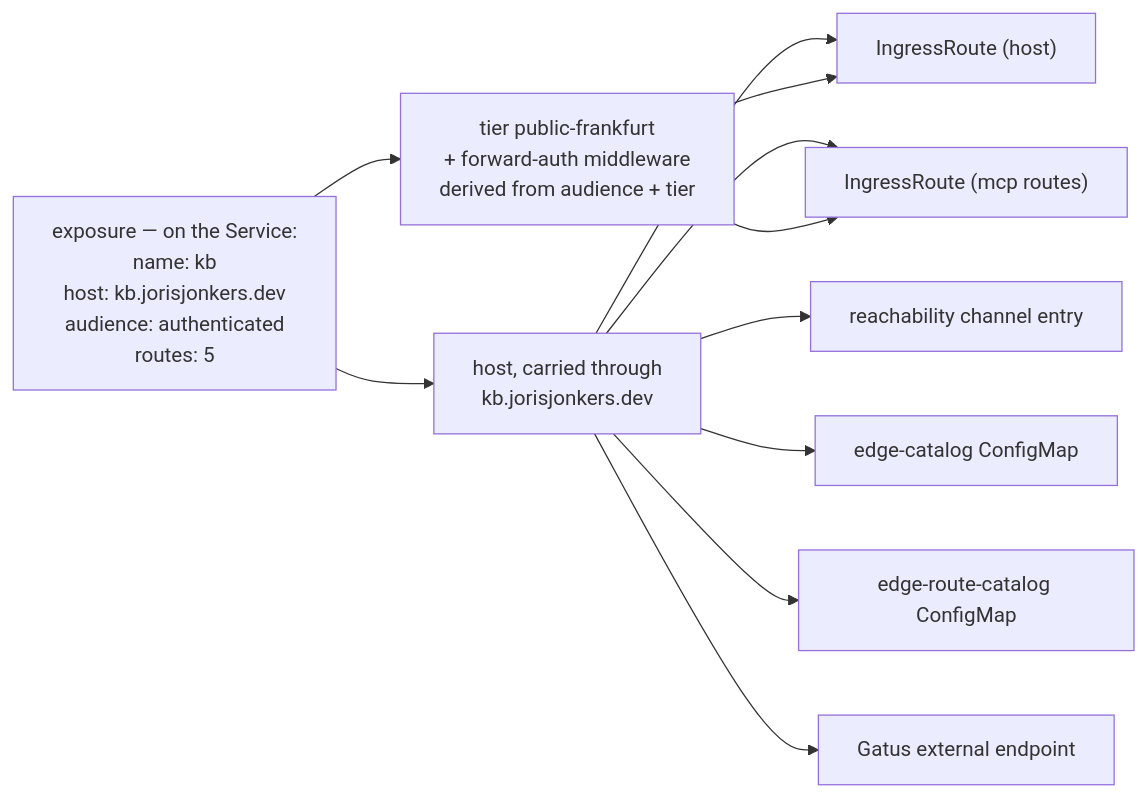
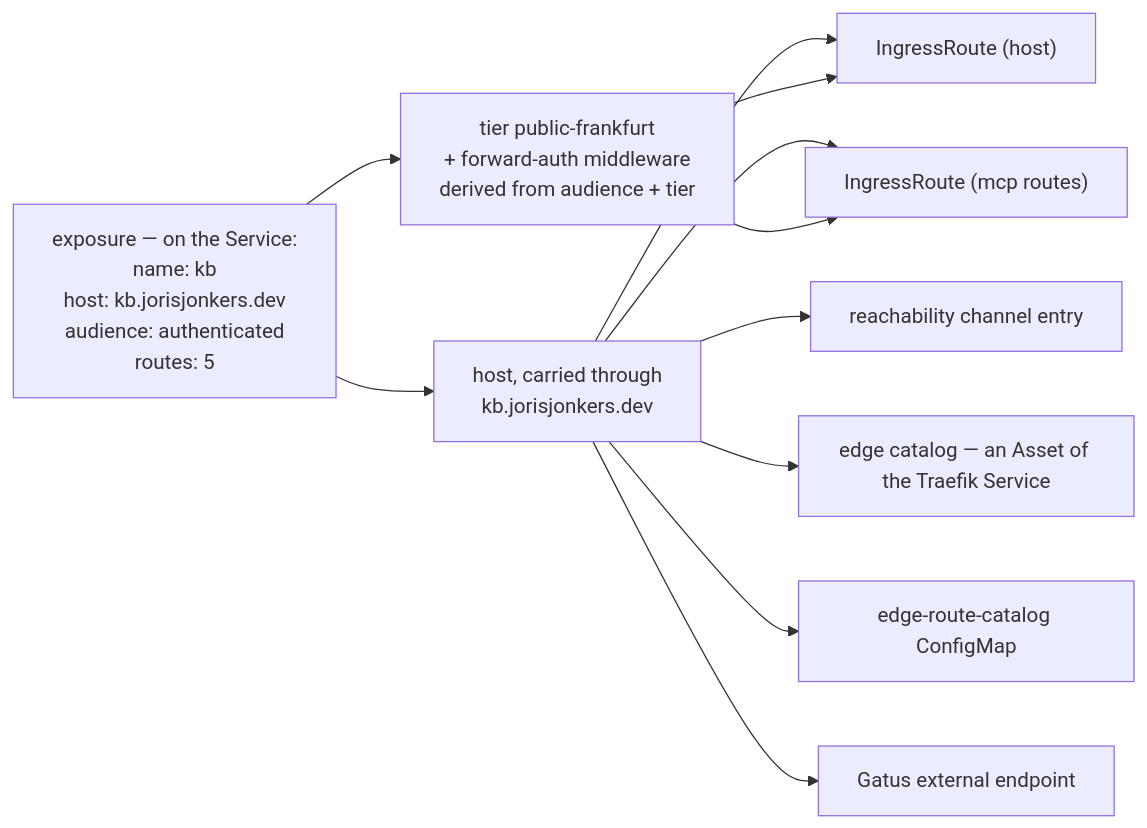
One commit to JorisJonkers-dev/deploy-kit changed the third of 3 diagrams in spec/v1/16-dependencies.md. Above: the diagram before and after it, drawn with Mermaid. The commit also changed other lines of this file and 270 other files, not shown here.

````diff
--- a/spec/v1/16-dependencies.md
+++ b/spec/v1/16-dependencies.md
@@ -510,16 +784,16 @@
 ```mermaid
 flowchart LR
     X["exposure — on the Service:<br/>name: kb<br/>host: kb.jorisjonkers.dev<br/>audience: authenticated<br/>routes: 5"]
 
     X --> H["host, carried through<br/>kb.jorisjonkers.dev"]
     X --> T["tier public-frankfurt<br/>+ forward-auth middleware<br/>derived from audience + tier"]
 
     H --> A1["IngressRoute (host)"]
     H --> A2["IngressRoute (mcp routes)"]
     H --> A3["reachability channel entry"]
-    H --> A4["edge-catalog ConfigMap"]
+    H --> A4["edge catalog — an Asset of the Traefik Service"]
     H --> A5["edge-route-catalog ConfigMap"]
     H --> A6["Gatus external endpoint"]
     T --> A1
     T --> A2
 ```
````
